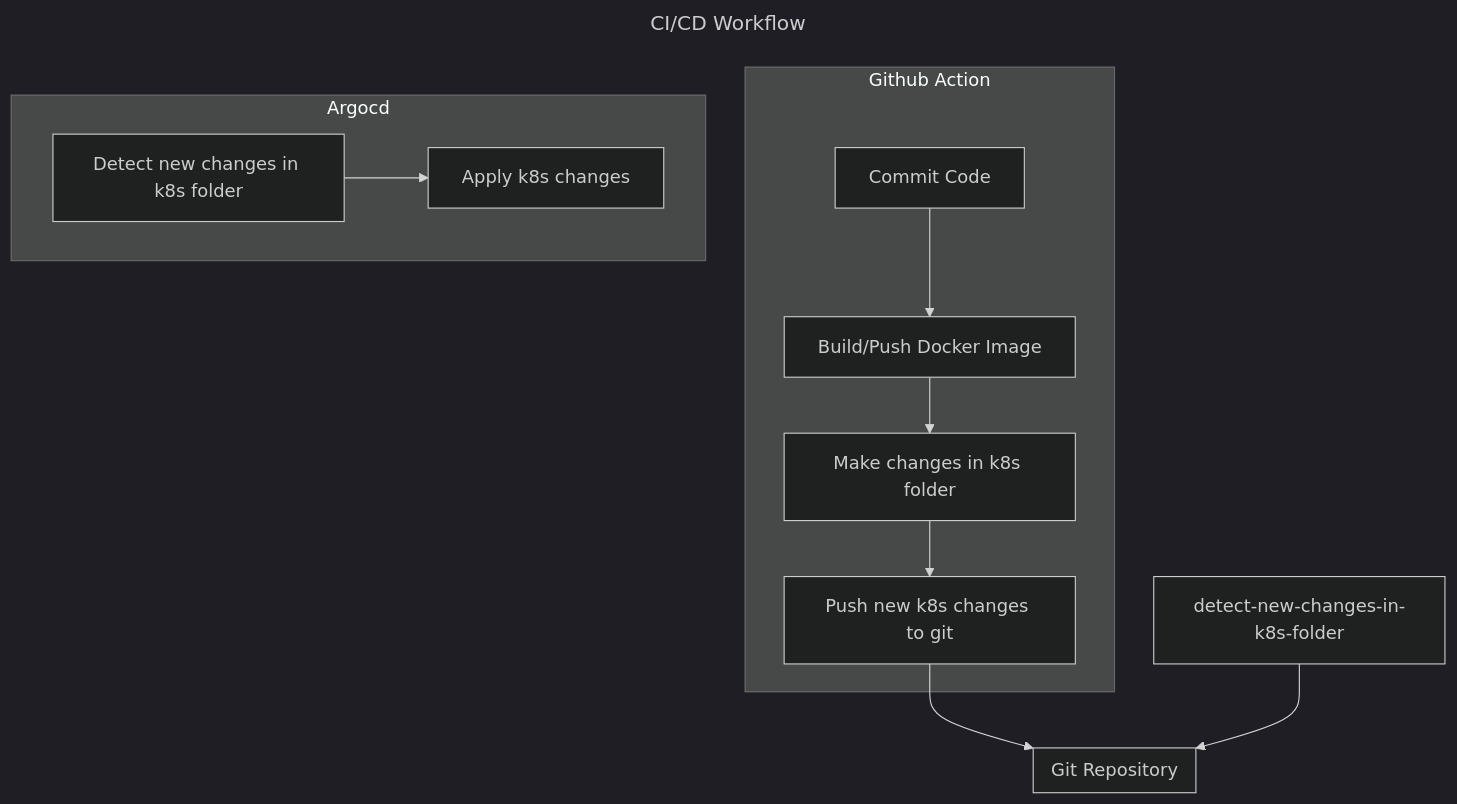
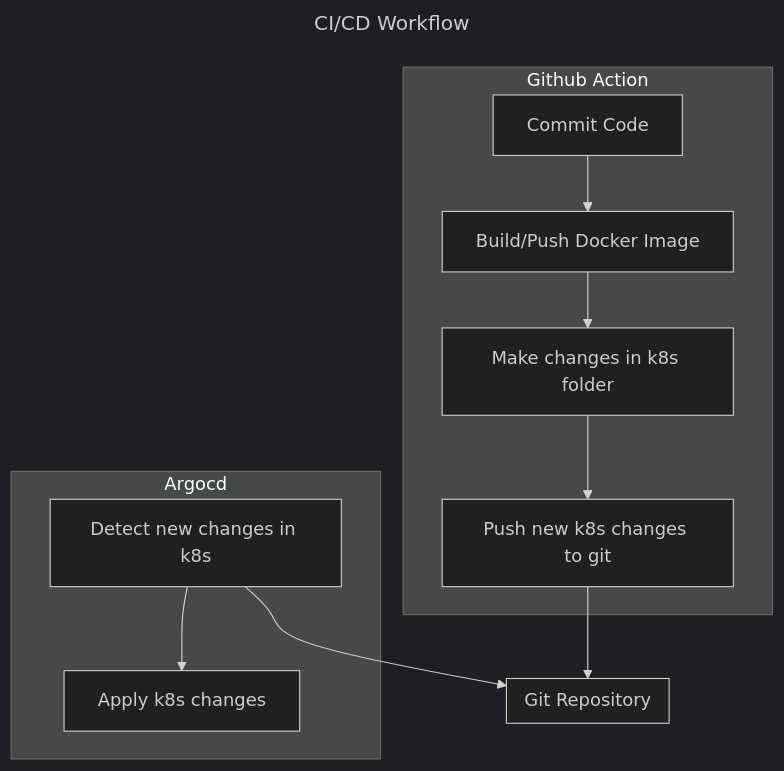
The diagram in README.md (heyhuy/CI_CD-Project), drawn with Mermaid (dark theme) before and after one commit.

Commit message:
update requirements

````diff
--- a/README.md
+++ b/README.md
@@ -5,23 +5,23 @@
 ```mermaid
 ---
 title: CI/CD Workflow
 ---
 flowchart TB
     subgraph github-action[Github Action]
       commit-code[Commit Code] -->
       build-push-docker-image[Build/Push Docker Image] -->
-      make-changes-in-k8s-folder[Make changes in k8s folder] -->
+      make-changes-in-k8s[Make changes in k8s folder] -->
       push-new-k8s-change-to-git[Push new k8s changes to git]
     end
 
     subgraph git-repo[Git Repository]
     end
 
     subgraph argocd[Argocd]
-      detect-new-changes-in-k8s[Detect new changes in k8s folder] -->
+      detect-new-changes-in-k8s[Detect new changes in k8s ] -->
       apply-k8s-changes[Apply k8s changes]
     end
 
     push-new-k8s-change-to-git --> git-repo
-    detect-new-changes-in-k8s-folder --> git-repo
+    detect-new-changes-in-k8s --> git-repo
 ```
````
